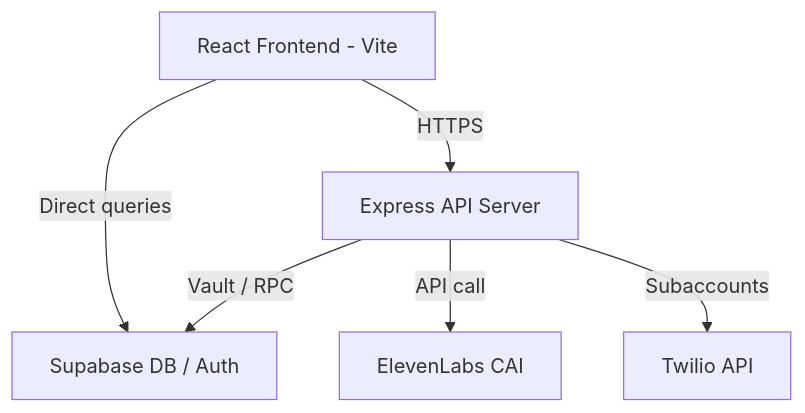
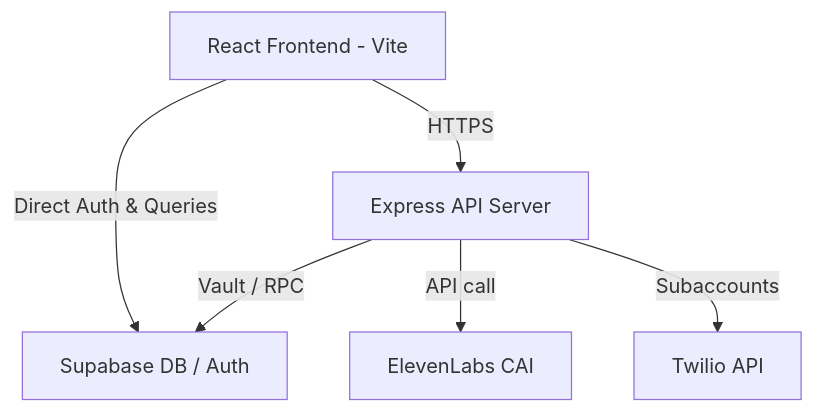
The diagram in docs/DEPLOYMENT.md (Aurora-091/Vocalist), drawn with Mermaid before and after one commit. The commit also changed other lines of this file and 2 other files, not shown here.

````diff
--- a/docs/DEPLOYMENT.md
+++ b/docs/DEPLOYMENT.md
@@ -9,8 +9,8 @@
 ```mermaid
 graph TD
     Client[React Frontend - Vite] -->|HTTPS| Backend[Express API Server]
-    Client -->|Direct queries| DB[Supabase DB / Auth]
+    Client -->|Direct Auth & Queries| DB[Supabase DB / Auth]
     Backend -->|Vault / RPC| DB
     Backend -->|API call| ElevenLabs[ElevenLabs CAI]
     Backend -->|Subaccounts| Twilio[Twilio API]
 ```
````
